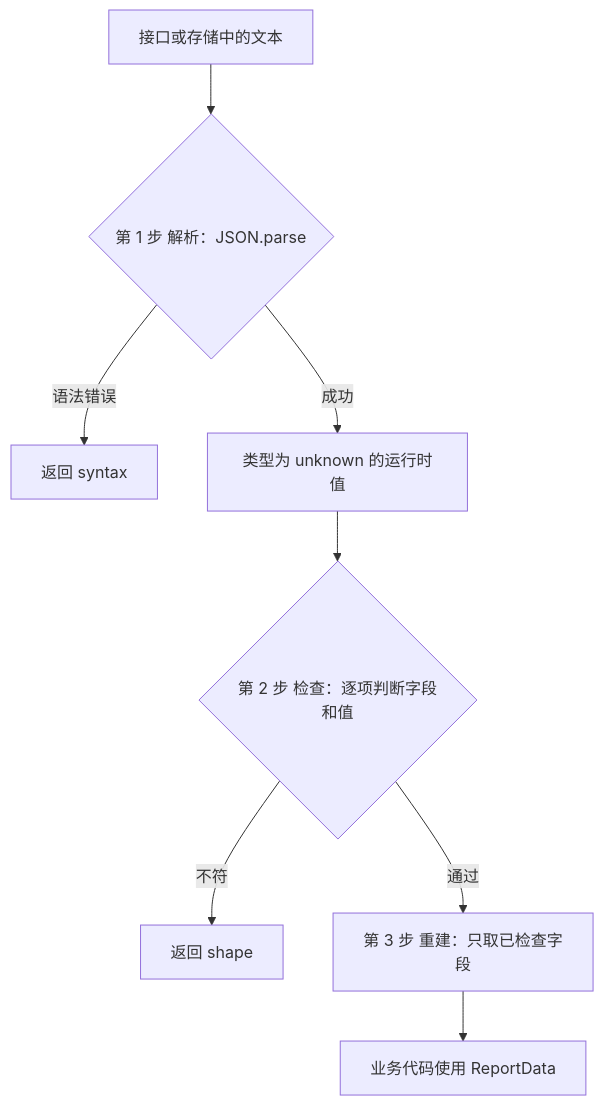
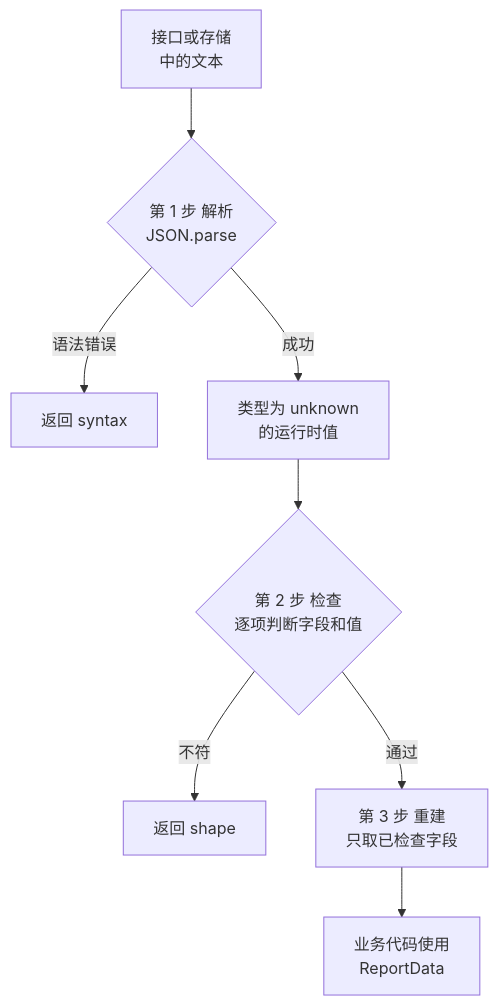
One commit to Negronii/MyNotes changed the diagram in frontend/javascript/typescript-guarantees-and-runtime-validation.md. Above: the diagram before and after it, drawn with Mermaid. The commit also changed 220 other files, not shown here.

First line of the commit message:
Replace prose-heavy explanations with figures and fix existing diagrams

````diff
--- a/frontend/javascript/typescript-guarantees-and-runtime-validation.md
+++ b/frontend/javascript/typescript-guarantees-and-runtime-validation.md
@@ -26,10 +26,10 @@
 ```mermaid
 flowchart TB
-  A[接口或存储中的文本] --> B{第 1 步 解析：JSON.parse}
+  A["接口或存储<br/>中的文本"] --> B{"第 1 步 解析<br/>JSON.parse"}
   B -- 语法错误 --> E[返回 syntax]
-  B -- 成功 --> C[类型为 unknown 的运行时值]
-  C --> D{第 2 步 检查：逐项判断字段和值}
+  B -- 成功 --> C["类型为 unknown<br/>的运行时值"]
+  C --> D{"第 2 步 检查<br/>逐项判断字段和值"}
   D -- 不符 --> F[返回 shape]
-  D -- 通过 --> G[第 3 步 重建：只取已检查字段]
-  G --> H[业务代码使用 ReportData]
+  D -- 通过 --> G["第 3 步 重建<br/>只取已检查字段"]
+  G --> H["业务代码使用<br/>ReportData"]
 ```
````
